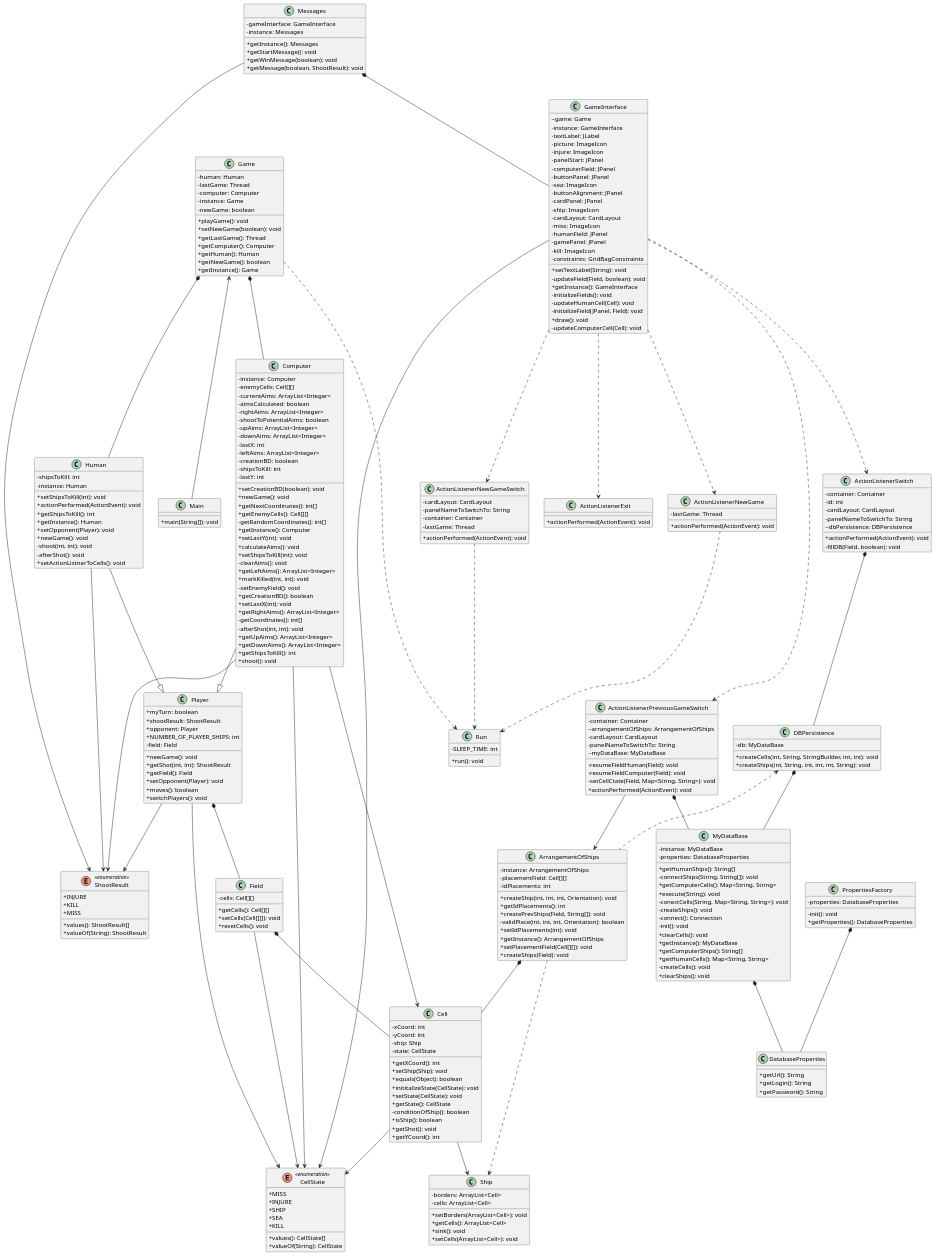
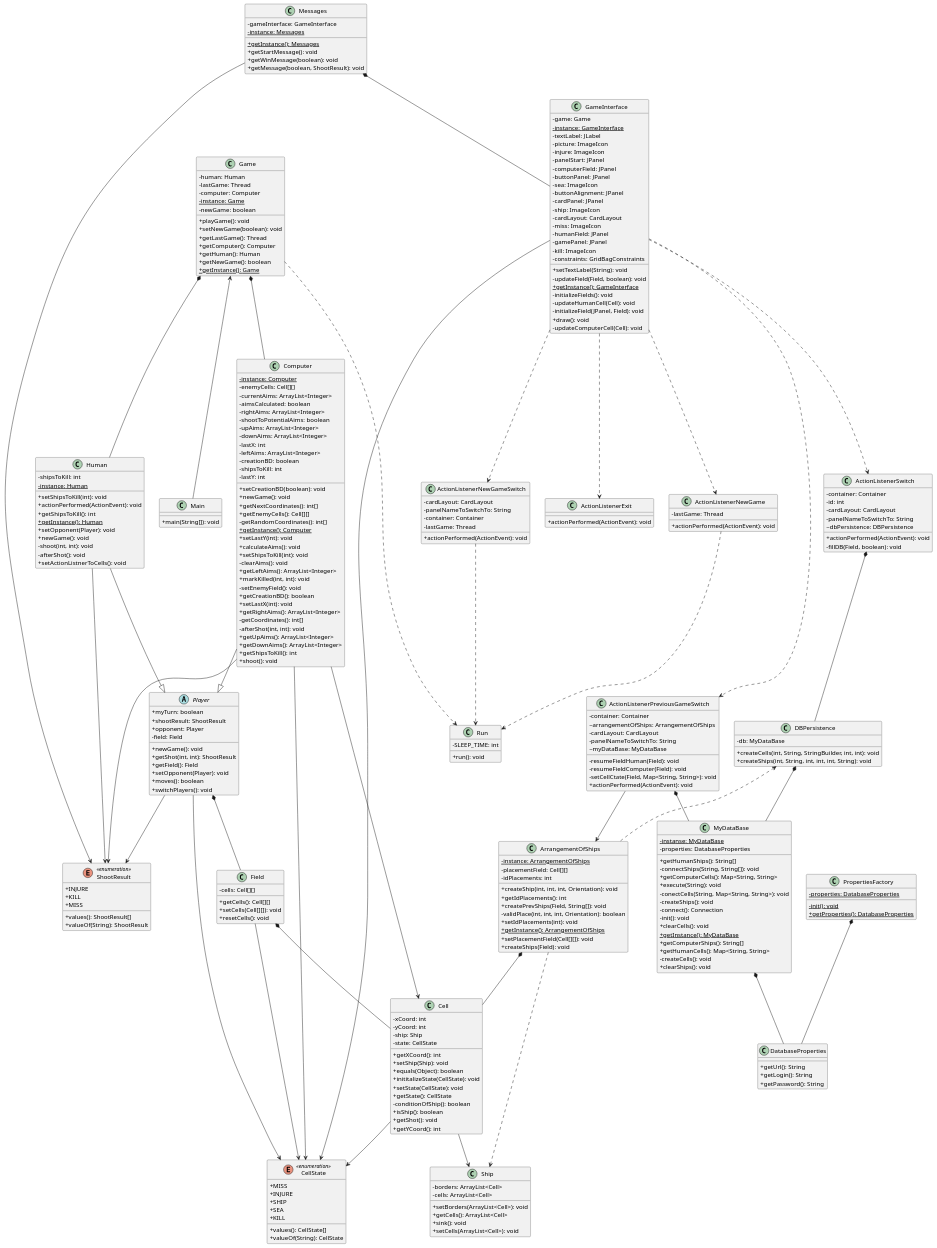
Before and after one commit to Shibenkova-Polina/SeaBattle: the diagram in Дерево функций, правила, UML/diagramClasses.plantuml, drawn with PlantUML. The commit also changed 3 other files, not shown here.

```diff
--- a/Дерево функций, правила, UML/diagramClasses.plantuml
+++ b/Дерево функций, правила, UML/diagramClasses.plantuml
@@ -36,7 +36,7 @@
   - fillDB(Field, boolean): void
 }
 class ArrangementOfShips {
-  - instance: ArrangementOfShips
+  - {static} instance: ArrangementOfShips
   - placementField: Cell[][]
   - idPlacements: int
   + createShip(int, int, int, Orientation): void
@@ -44,7 +44,7 @@
   + createPrevShips(Field, String[]): void
   - validPlace(int, int, int, Orientation): boolean
   + setIdPlacements(int): void
-  + getInstance(): ArrangementOfShips
+  + {static} getInstance(): ArrangementOfShips
   + setPlacementField(Cell[][]): void
   + createShips(Field): void
 }
@@ -74,7 +74,7 @@
   + valueOf(String): CellState
 }
 class Computer {
-  - instance: Computer
+  - {static} instance: Computer
   - enemyCells: Cell[][]
   - currentAims: ArrayList<Integer>
   - aimsCalculated: boolean
@@ -92,7 +92,7 @@
   + getNextCoordinates(): int[]
   + getEnemyCells(): Cell[][]
   - getRandomCoordinates(): int[]
-  + getInstance(): Computer
+  + {static} getInstance(): Computer
   + setLastY(int): void
   + calculateAims(): void
   + setShipsToKill(int): void
@@ -130,7 +130,7 @@
   - human: Human
   - lastGame: Thread
   - computer: Computer
-  - instance: Game
+  - {static} instance: Game
   - newGame: boolean
   + playGame(): void
   + setNewGame(boolean): void
@@ -138,11 +138,11 @@
   + getComputer(): Computer
   + getHuman(): Human
   + getNewGame(): boolean
-  + getInstance(): Game
+  + {static} getInstance(): Game
 }
 class GameInterface {
-  ~ game: Game
-  - instance: GameInterface
+  - game: Game
+  - {static} instance: GameInterface
   - textLabel: JLabel
   - picture: ImageIcon
   - injure: ImageIcon
@@ -161,7 +161,7 @@
   - constraints: GridBagConstraints
   + setTextLabel(String): void
   - updateField(Field, boolean): void
-  + getInstance(): GameInterface
+  + {static} getInstance(): GameInterface
   - initializeFields(): void
   - updateHumanCell(Cell): void
   - initializeField(JPanel, Field): void
@@ -170,11 +170,11 @@
 }
 class Human {
   - shipsToKill: int
-  - instance: Human
+  - {static} instance: Human
   + setShipsToKill(int): void
   + actionPerformed(ActionEvent): void
   + getShipsToKill(): int
-  + getInstance(): Human
+  + {static} getInstance(): Human
   + setOpponent(Player): void
   + newGame(): void
   - shoot(int, int): void
@@ -186,14 +186,14 @@
 }
 class Messages {
   - gameInterface: GameInterface
-  - instance: Messages
-  + getInstance(): Messages
+  - {static} instance: Messages
+  + {static} getInstance(): Messages
   + getStartMessage(): void
   + getWinMessage(boolean): void
   + getMessage(boolean, ShootResult): void
 }
 class MyDataBase {
-  - instanse: MyDataBase
+  - {static} instanse: MyDataBase
   - properties: DatabaseProperties
   + getHumanShips(): String[]
   - connectShips(String, String[]): void
@@ -204,17 +204,16 @@
   - connect(): Connection
   - init(): void
   + clearCells(): void
-  + getInstance(): MyDataBase
+  + {static} getInstance(): MyDataBase
   + getComputerShips(): String[]
   + getHumanCells(): Map<String, String>
   - createCells(): void
   + clearShips(): void
 }
-class Player {
+abstract class Player {
   + myTurn: boolean
   + shootResult: ShootResult
   + opponent: Player
-  + NUMBER_OF_PLAYER_SHIPS: int
   - field: Field
   + newGame(): void
   + getShot(int, int): ShootResult
@@ -224,9 +223,9 @@
   + switchPlayers(): void
 }
 class PropertiesFactory {
-  - properties: DatabaseProperties
-  - init(): void
-  + getProperties(): DatabaseProperties
+  - {static} properties: DatabaseProperties
+  - {static} init(): void
+  + {static} getProperties(): DatabaseProperties
 }
 class Run {
   - SLEEP_TIME: int
```
